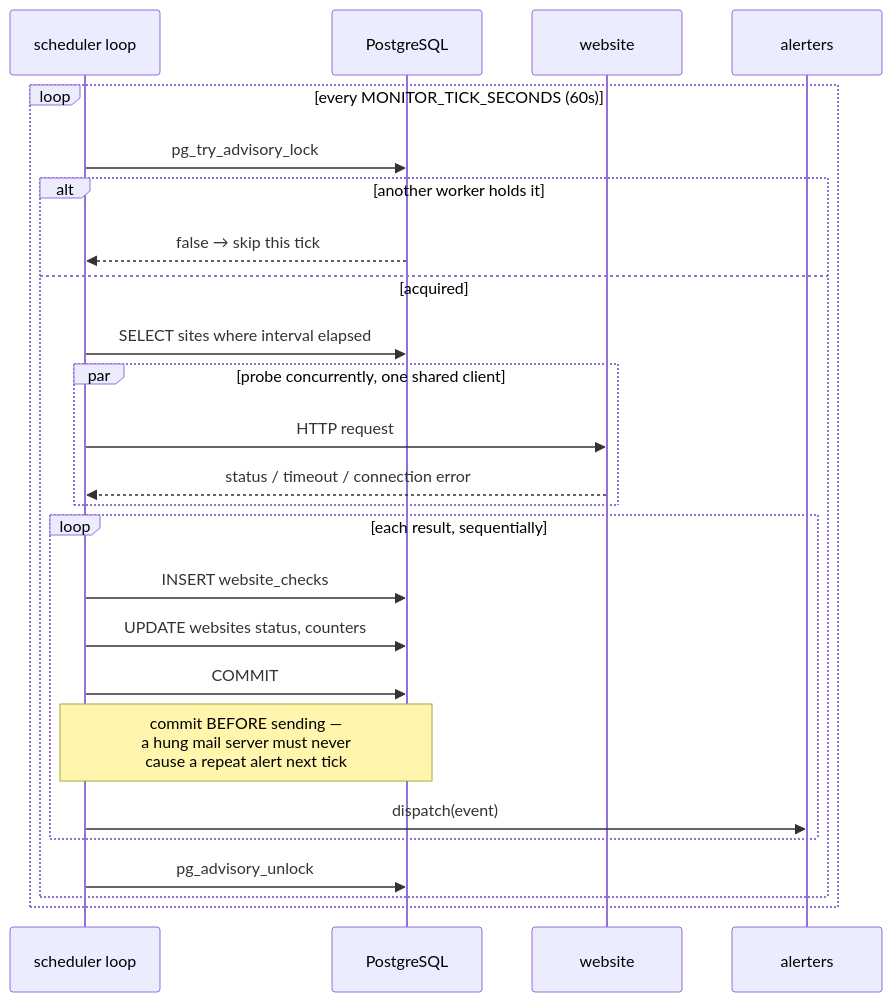
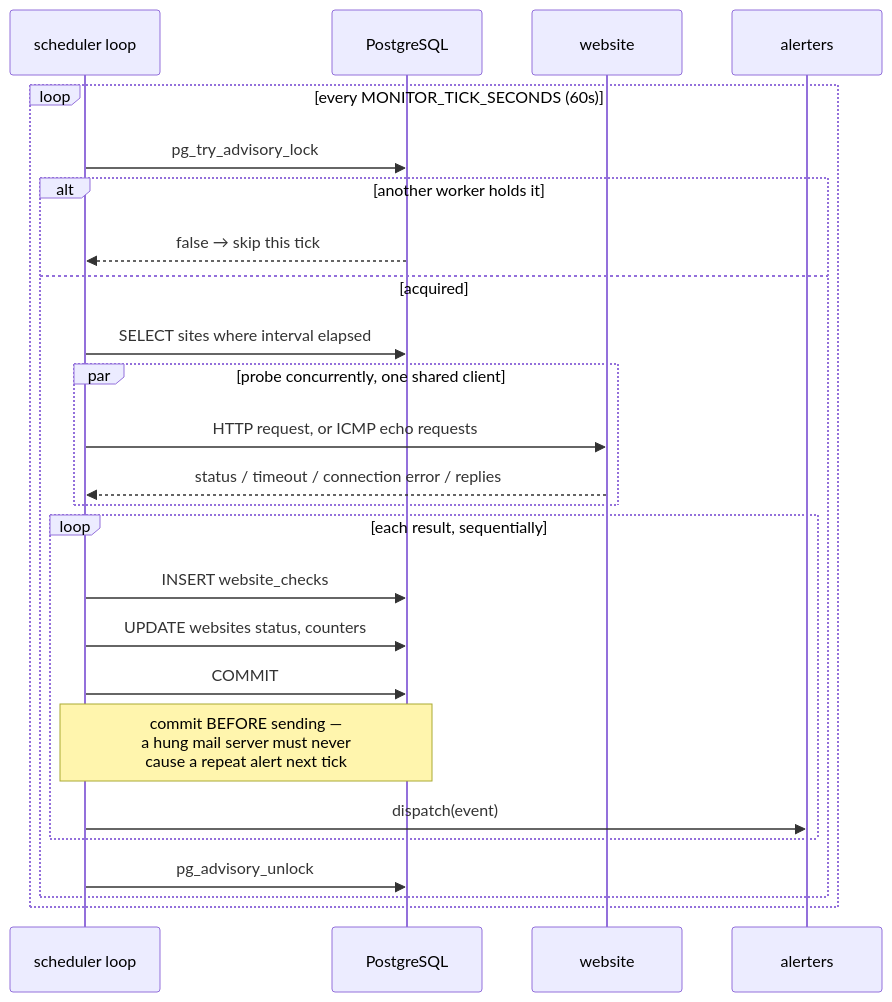
The fourth of 6 diagrams in doc/hld.md (TahjibNil75/watchly), drawn with Mermaid before and after one commit. The commit also changed other lines of this file and 32 other files, not shown here.

````diff
--- a/doc/hld.md
+++ b/doc/hld.md
@@ -350,28 +365,28 @@
 ```mermaid
 sequenceDiagram
     participant L as scheduler loop
     participant PG as PostgreSQL
     participant W as website
     participant A as alerters
 
     loop every MONITOR_TICK_SECONDS (60s)
         L->>PG: pg_try_advisory_lock
         alt another worker holds it
             PG-->>L: false → skip this tick
         else acquired
             L->>PG: SELECT sites where interval elapsed
             par probe concurrently, one shared client
-                L->>W: HTTP request
-                W-->>L: status / timeout / connection error
+                L->>W: HTTP request, or ICMP echo requests
+                W-->>L: status / timeout / connection error / replies
             end
             loop each result, sequentially
                 L->>PG: INSERT website_checks
                 L->>PG: UPDATE websites status, counters
                 L->>PG: COMMIT
                 Note over L,PG: commit BEFORE sending —<br/>a hung mail server must never<br/>cause a repeat alert next tick
                 L->>A: dispatch(event)
             end
             L->>PG: pg_advisory_unlock
         end
     end
 ```
````
